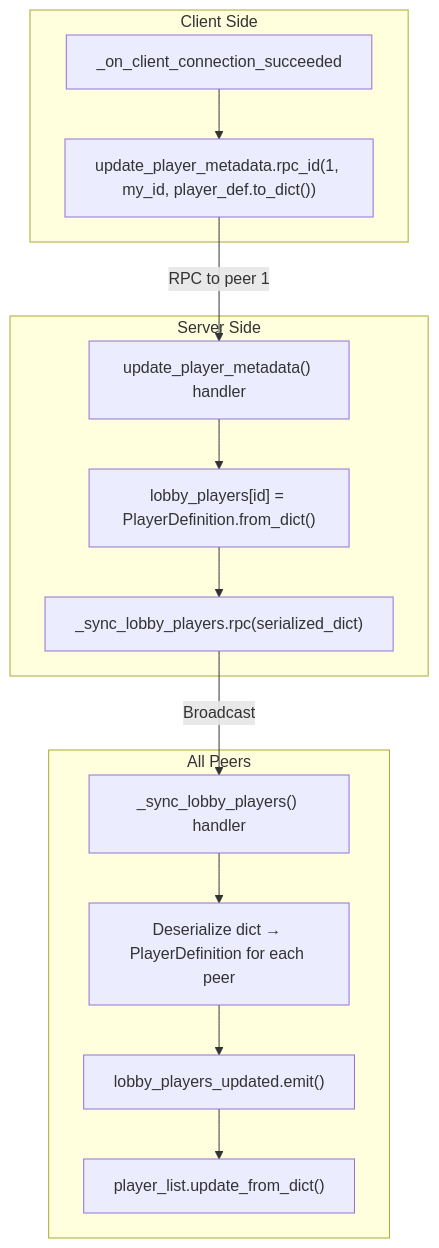
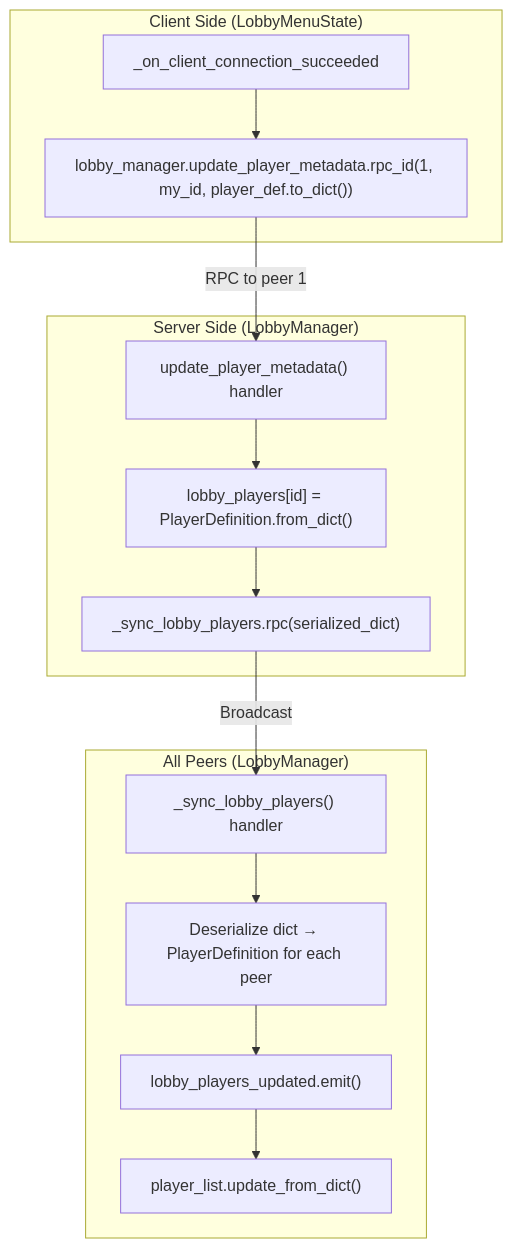
The seventh of 13 diagrams in v2/planning_docs/LobbyGameFlowMP.md (ssebs/DankNooner), drawn with Mermaid before and after one commit. The commit also changed other lines of this file and 2 other files, not shown here.

````diff
--- a/v2/planning_docs/LobbyGameFlowMP.md
+++ b/v2/planning_docs/LobbyGameFlowMP.md
@@ -212,26 +219,26 @@
 ```mermaid
 flowchart TB
-    subgraph Client["Client Side"]
+    subgraph Client["Client Side (LobbyMenuState)"]
         C1[_on_client_connection_succeeded]
-        C2["update_player_metadata.rpc_id(1, my_id, player_def.to_dict())"]
+        C2["lobby_manager.update_player_metadata.rpc_id(1, my_id, player_def.to_dict())"]
         C1 --> C2
     end
 
-    subgraph Server["Server Side"]
+    subgraph Server["Server Side (LobbyManager)"]
         S1["update_player_metadata() handler"]
         S2["lobby_players[id] = PlayerDefinition.from_dict()"]
         S3["_sync_lobby_players.rpc(serialized_dict)"]
         S1 --> S2 --> S3
     end
 
-    subgraph All["All Peers"]
+    subgraph All["All Peers (LobbyManager)"]
         A1["_sync_lobby_players() handler"]
         A2["Deserialize dict → PlayerDefinition for each peer"]
         A3["lobby_players_updated.emit()"]
         A4["player_list.update_from_dict()"]
         A1 --> A2 --> A3 --> A4
     end
 
     C2 -->|"RPC to peer 1"| S1
     S3 -->|"Broadcast"| A1
 ```
````
